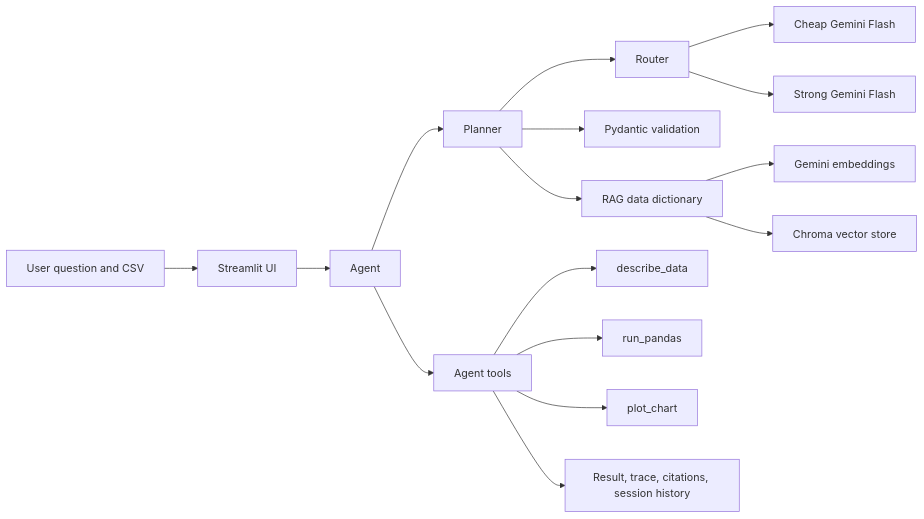
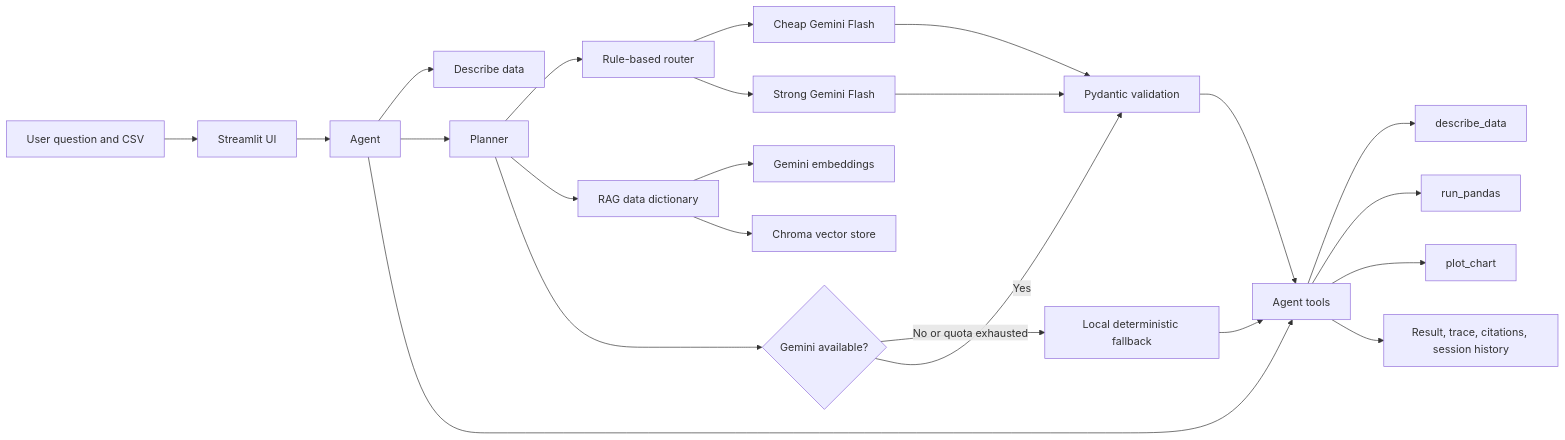
The diagram in README.md (astroelaa/data-analyst-copilot), drawn with Mermaid before and after one commit. The commit also changed other lines of this file, not shown here.

Commit message:
docs: explain usage and fallback architecture

````diff
--- a/README.md
+++ b/README.md
@@ -40,18 +65,25 @@
 ```mermaid
 flowchart LR
     U[User question and CSV] --> UI[Streamlit UI]
     UI --> A[Agent]
+    A --> D[Describe data]
     A --> P[Planner]
-    P --> R[Router]
+    P --> R[Rule-based router]
     R --> C[Cheap Gemini Flash]
     R --> S[Strong Gemini Flash]
-    P --> V[Pydantic validation]
-    P --> D[RAG data dictionary]
-    D --> E[Gemini embeddings]
-    D --> Ch[Chroma vector store]
+    C --> V[Pydantic validation]
+    S --> V
+    P --> D1[RAG data dictionary]
+    D1 --> E[Gemini embeddings]
+    D1 --> Ch[Chroma vector store]
+    P --> F{Gemini available?}
+    F -->|No or quota exhausted| L[Local deterministic fallback]
+    F -->|Yes| V
     A --> T[Agent tools]
     T --> DP[describe_data]
     T --> RP[run_pandas]
     T --> PC[plot_chart]
+    V --> T
+    L --> T
     T --> O[Result, trace, citations, session history]
 ```
````
